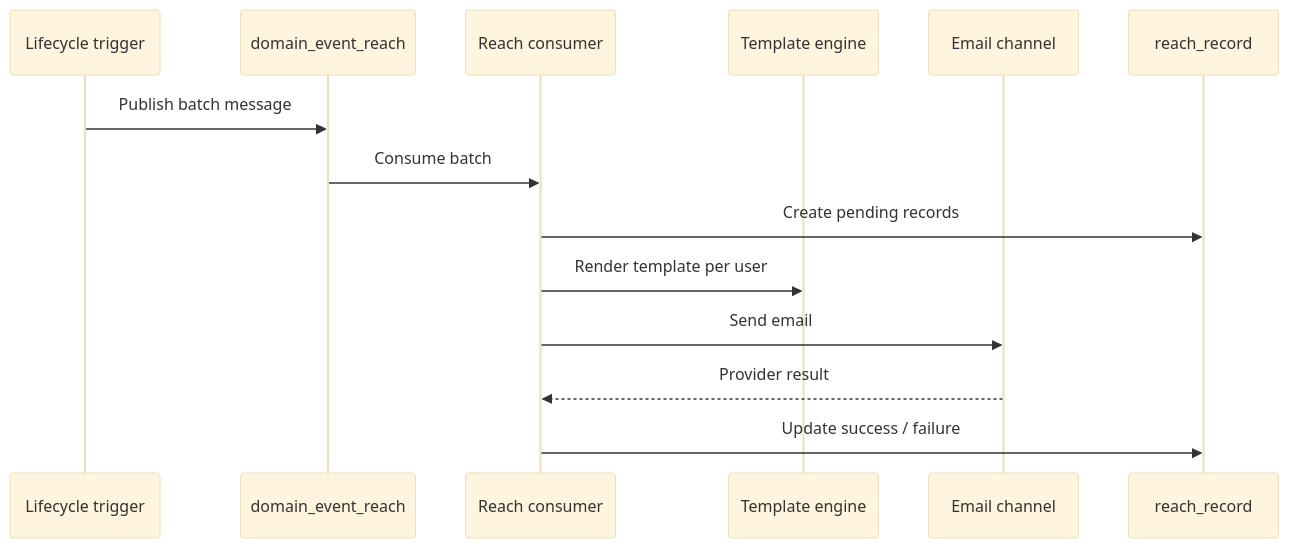
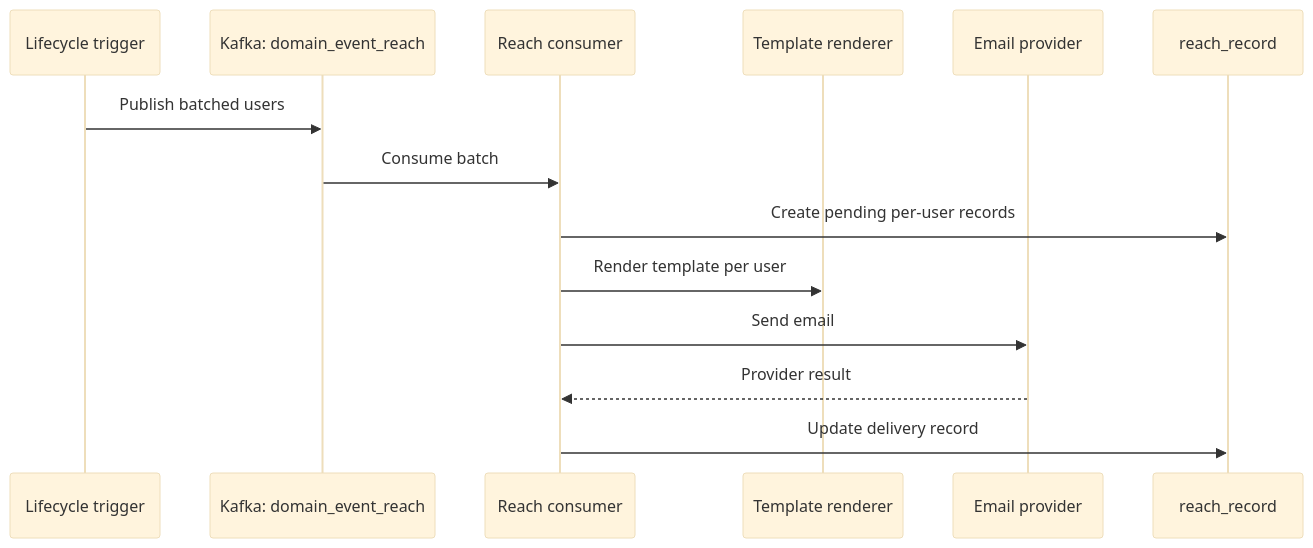
One commit to EdwardShen125/edwardshen125.github.io changed the second of 2 diagrams in source/_posts/engineering-case-study/building-a-predicate-driven-audience-pipeline-for-lifecycle-email.md. Above: the diagram before and after it, drawn with Mermaid (base theme). The commit also changed other lines of this file and 48 other files, not shown here.

```diff
--- a/source/_posts/engineering-case-study/building-a-predicate-driven-audience-pipeline-for-lifecycle-email.md
+++ b/source/_posts/engineering-case-study/building-a-predicate-driven-audience-pipeline-for-lifecycle-email.md
@@ -206,16 +115,17 @@
 {% mermaid %}
 sequenceDiagram
   participant L as Lifecycle trigger
-  participant K as domain_event_reach
+  participant K as Kafka: domain_event_reach
   participant R as Reach consumer
-  participant T as Template engine
-  participant C as Email channel
+  participant T as Template renderer
+  participant C as Email provider
   participant D as reach_record
-  L->>K: Publish batch message
+
+  L->>K: Publish batched users
   K->>R: Consume batch
-  R->>D: Create pending records
+  R->>D: Create pending per-user records
   R->>T: Render template per user
   R->>C: Send email
   C-->>R: Provider result
-  R->>D: Update success / failure
+  R->>D: Update delivery record
 {% endmermaid %}
```
